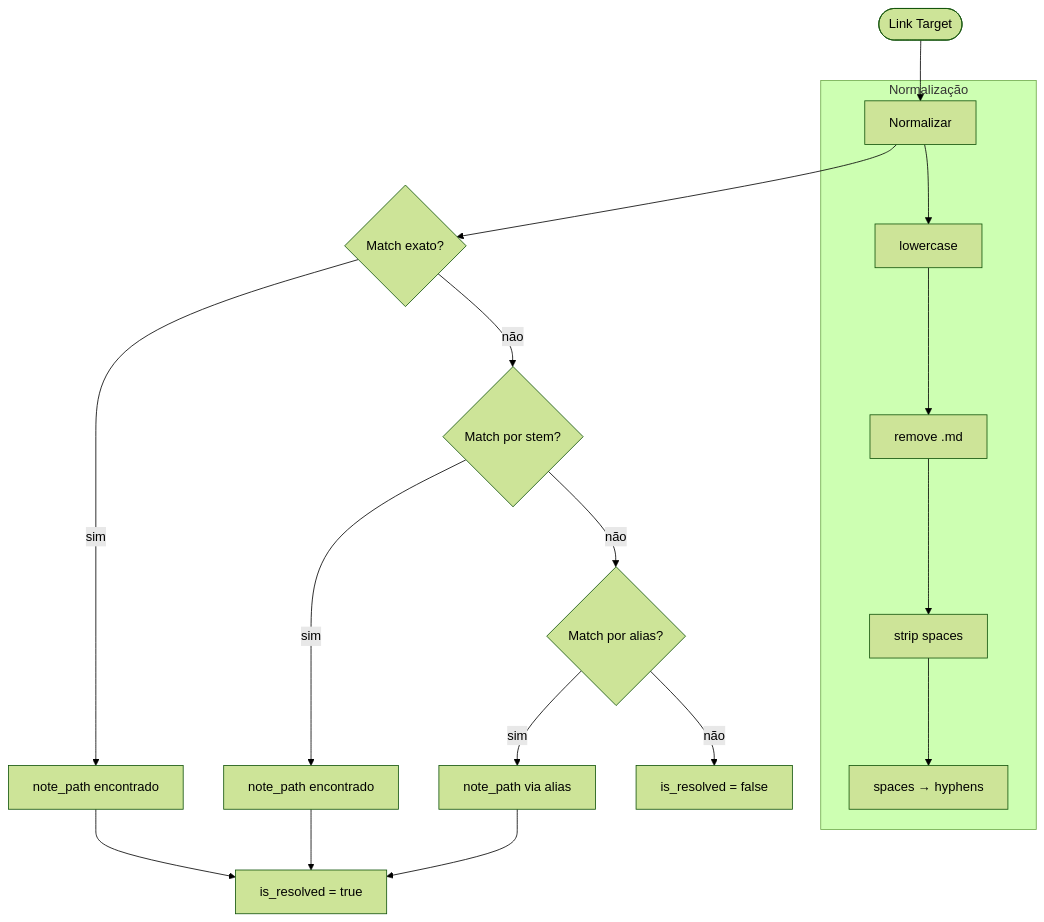
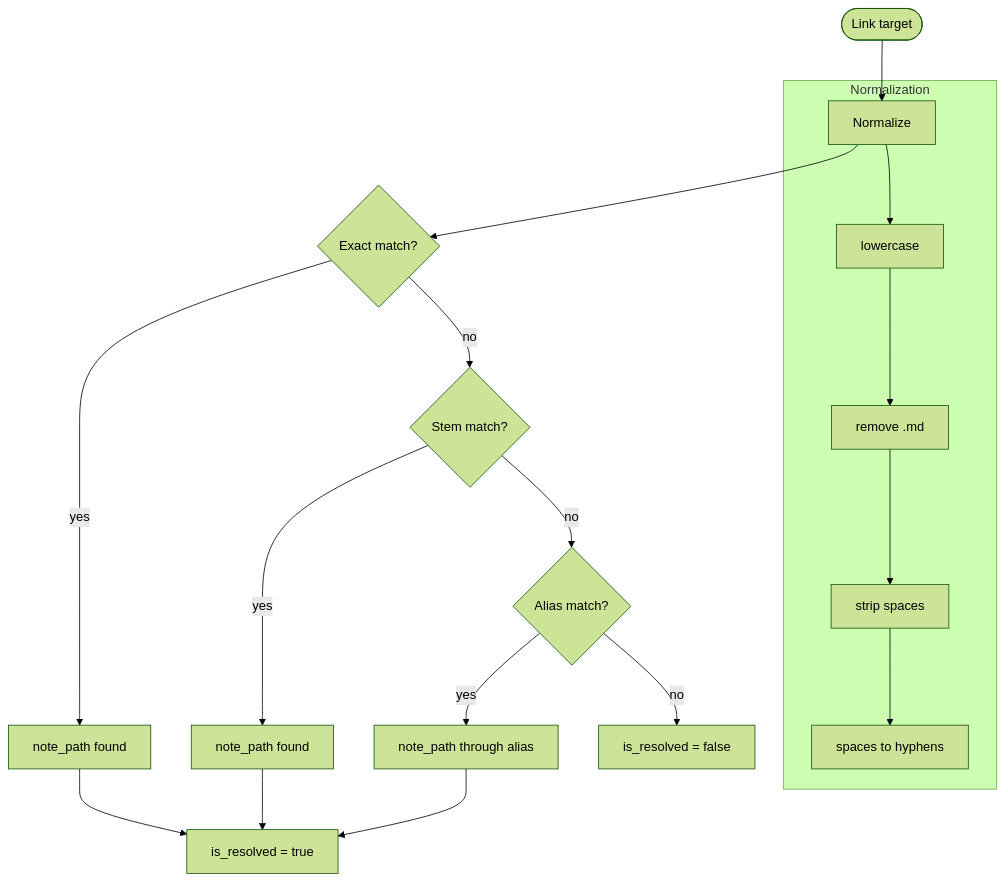
Diagram 12 of 12 in docs/architecture/diagrams-features.md (everton-dgn/vault-search-mcp), drawn with Mermaid (forest theme) before and after one commit. The commit also changed other lines of this file and 200 other files, not shown here.

````diff
--- a/docs/architecture/diagrams-features.md
+++ b/docs/architecture/diagrams-features.md
@@ -354,26 +354,26 @@
 ```mermaid
 flowchart TB
-    Link([Link Target]) --> Norm[Normalizar]
+    Link([Link target]) --> Norm[Normalize]
 
-    Norm --> Match1{Match exato?}
-    Match1 -->|sim| Found1[note_path encontrado]
+    Norm --> Match1{Exact match?}
+    Match1 -->|yes| Found1[note_path found]
 
-    Match1 -->|não| Match2{Match por stem?}
-    Match2 -->|sim| Found2[note_path encontrado]
+    Match1 -->|no| Match2{Stem match?}
+    Match2 -->|yes| Found2[note_path found]
 
-    Match2 -->|não| Match3{Match por alias?}
-    Match3 -->|sim| Found3[note_path via alias]
+    Match2 -->|no| Match3{Alias match?}
+    Match3 -->|yes| Found3[note_path through alias]
 
-    Match3 -->|não| Unresolved[is_resolved = false]
+    Match3 -->|no| Unresolved[is_resolved = false]
 
     Found1 --> Resolved[is_resolved = true]
     Found2 --> Resolved
     Found3 --> Resolved
 
-    subgraph Normalization["Normalização"]
+    subgraph Normalization["Normalization"]
         Norm --> Lower[lowercase]
         Lower --> NoExt[remove .md]
         NoExt --> Trim[strip spaces]
-        Trim --> Hyphen[spaces → hyphens]
+        Trim --> Hyphen[spaces to hyphens]
     end
 ```
````
